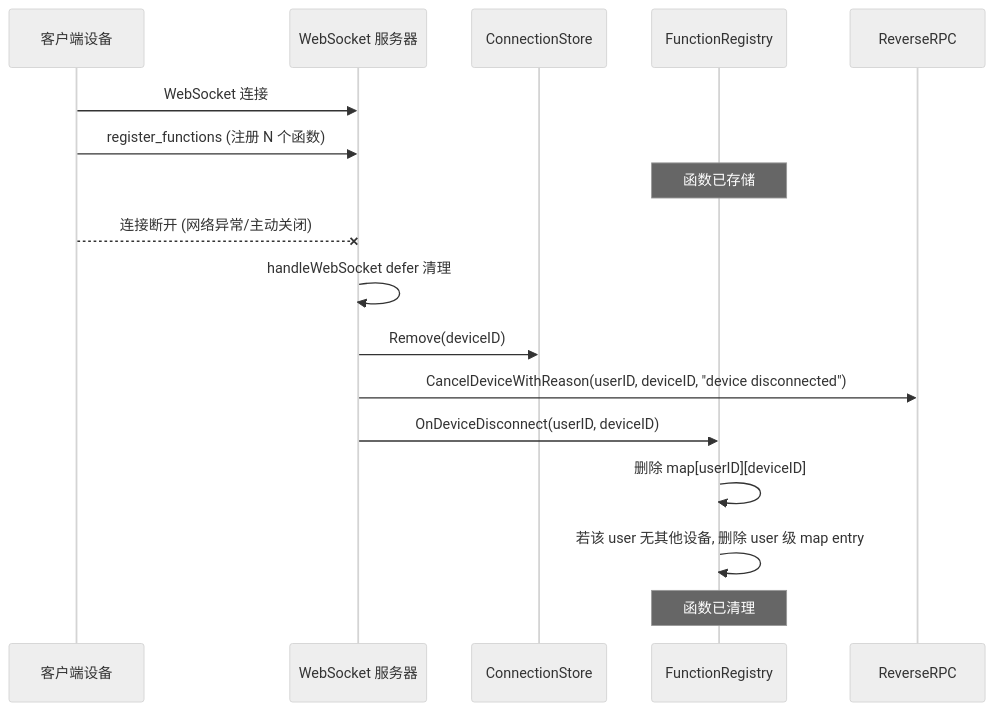
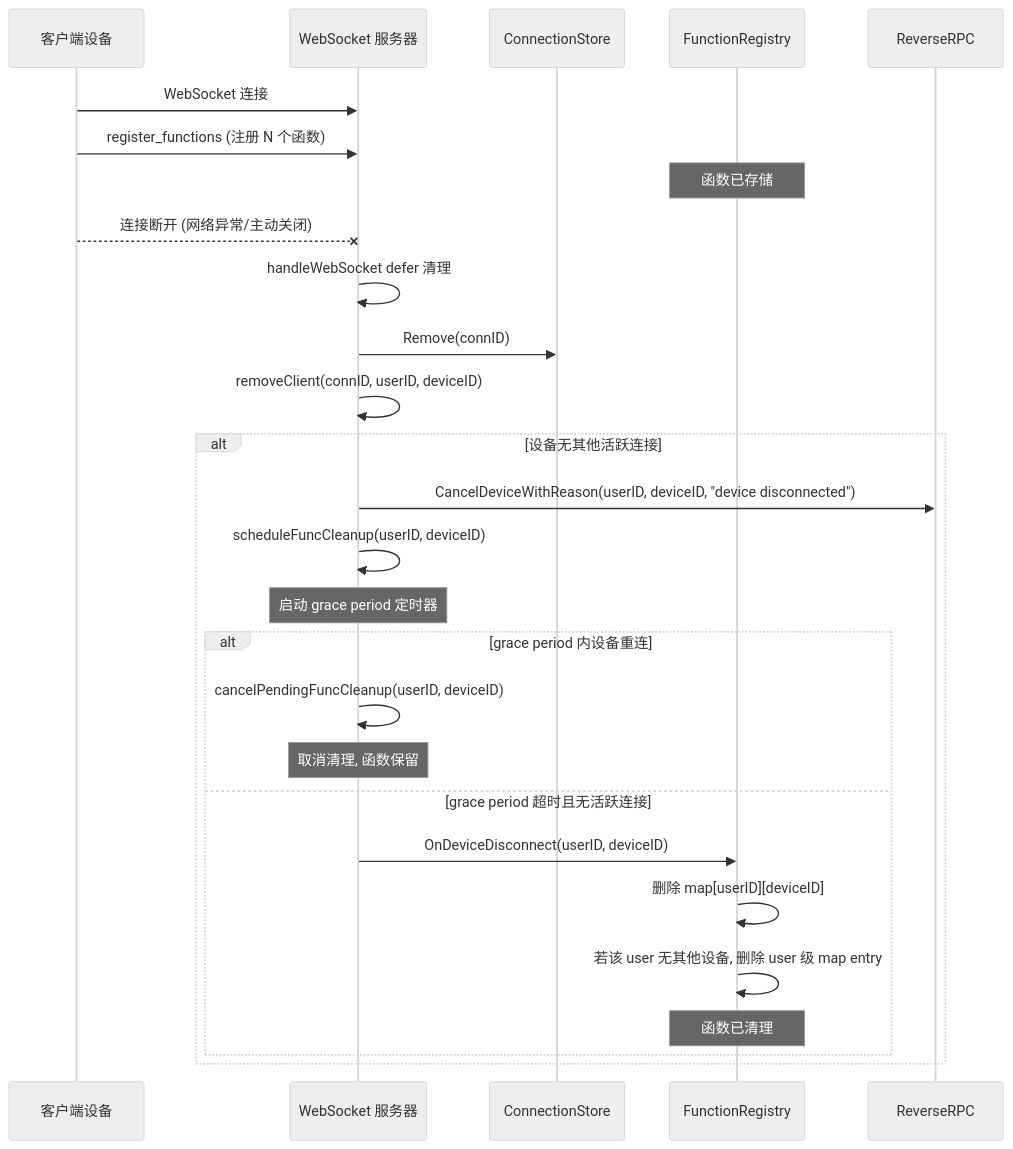
Before and after one commit to PineappleBond/xyncra-server: the third of 10 diagrams in wiki/flows/function-registry.md, drawn with Mermaid (neutral theme). The commit also changed other lines of this file and 21 other files, not shown here.

First line of the commit message:
docs(wiki): fix accuracy and completeness issues across all flow documents

````diff
--- a/wiki/flows/function-registry.md
+++ b/wiki/flows/function-registry.md
@@ -111,20 +111,31 @@
 ```mermaid
 sequenceDiagram
     participant Client as 客户端设备
     participant WS as WebSocket 服务器
     participant CS as ConnectionStore
     participant Registry as FunctionRegistry
     participant RPC as ReverseRPC
 
     Client->>WS: WebSocket 连接
     Client->>WS: register_functions (注册 N 个函数)
     Note over Registry: 函数已存储
     Client--xWS: 连接断开 (网络异常/主动关闭)
     WS->>WS: handleWebSocket defer 清理
-    WS->>CS: Remove(deviceID)
-    WS->>RPC: CancelDeviceWithReason(userID, deviceID, "device disconnected")
-    WS->>Registry: OnDeviceDisconnect(userID, deviceID)
-    Registry->>Registry: 删除 map[userID][deviceID]
-    Registry->>Registry: 若该 user 无其他设备, 删除 user 级 map entry
-    Note over Registry: 函数已清理
+    WS->>CS: Remove(connID)
+    WS->>WS: removeClient(connID, userID, deviceID)
+
+    alt 设备无其他活跃连接
+        WS->>RPC: CancelDeviceWithReason(userID, deviceID, "device disconnected")
+        WS->>WS: scheduleFuncCleanup(userID, deviceID)
+        Note over WS: 启动 grace period 定时器
+        alt grace period 内设备重连
+            WS->>WS: cancelPendingFuncCleanup(userID, deviceID)
+            Note over WS: 取消清理, 函数保留
+        else grace period 超时且无活跃连接
+            WS->>Registry: OnDeviceDisconnect(userID, deviceID)
+            Registry->>Registry: 删除 map[userID][deviceID]
+            Registry->>Registry: 若该 user 无其他设备, 删除 user 级 map entry
+            Note over Registry: 函数已清理
+        end
+    end
 ```
````
